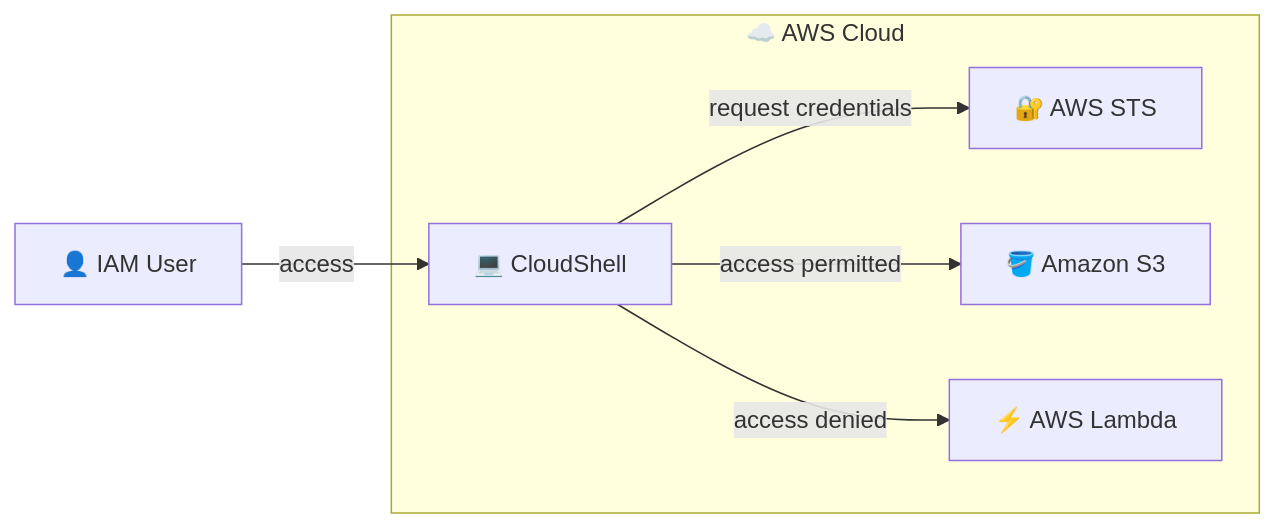
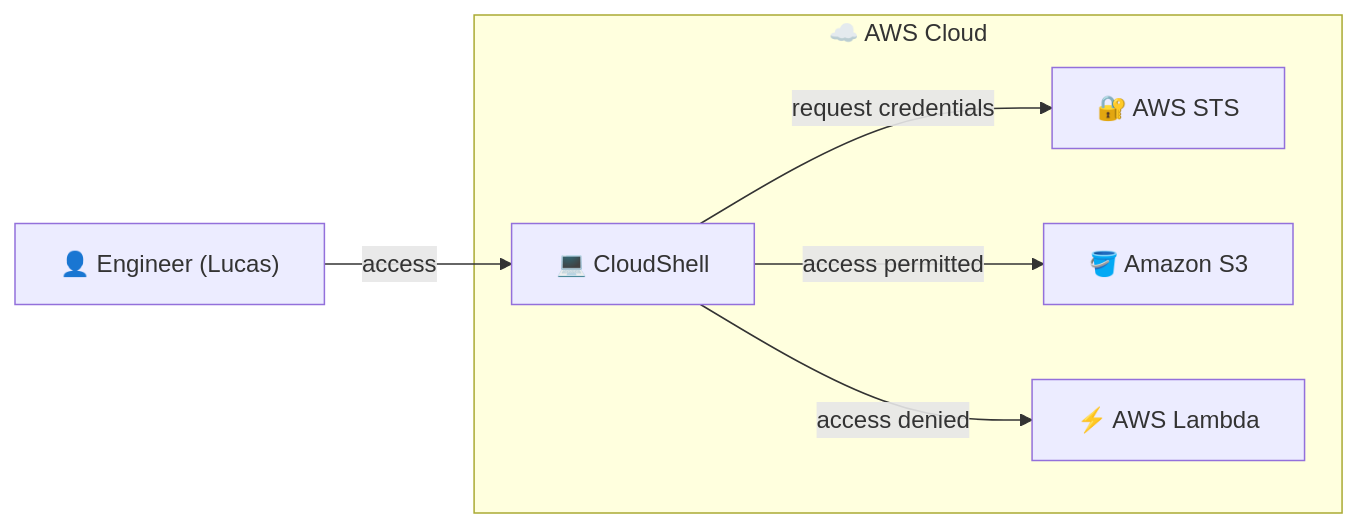
Before and after one commit to lbarretto/aws-sa-associate-labs: the diagram in Mandatory Labs/Lab 02 - Laboratorio AWS Security Token Service (STS)/Lab 02 - AWS Security Token Service (STS).md, drawn with Mermaid. The commit also changed other lines of this file and 28 other files, not shown here.

````diff
--- a/Mandatory Labs/Lab 02 - Laboratorio AWS Security Token Service (STS)/Lab 02 - AWS Security Token Service (STS).md
+++ b/Mandatory Labs/Lab 02 - Laboratorio AWS Security Token Service (STS)/Lab 02 - AWS Security Token Service (STS).md
@@ -69,14 +69,14 @@
 ```mermaid
 flowchart LR
-    U["👤 IAM User"] -->|access| C["💻 CloudShell"]
+    U["👤 Engineer (Lucas)"] -->|access| C["💻 CloudShell"]
     C -->|request credentials| S["🔐 AWS STS"]
     C -->|access permitted| B["🪣 Amazon S3"]
     C -->|access denied| L["⚡ AWS Lambda"]
 
     subgraph AWS["☁️ AWS Cloud"]
         C
         S
         B
         L
     end
 ```
````
